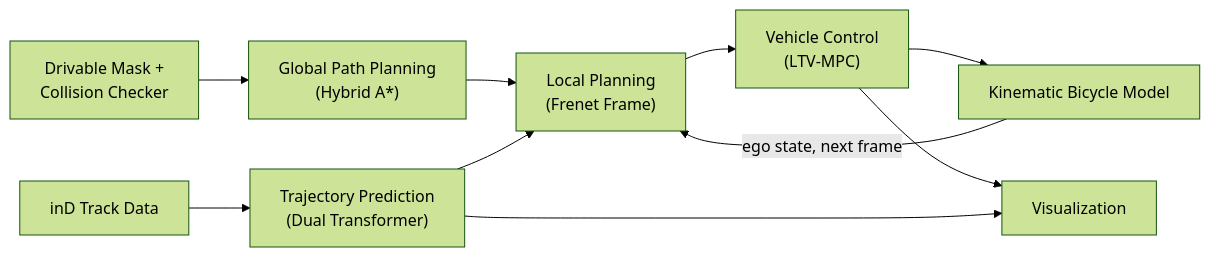
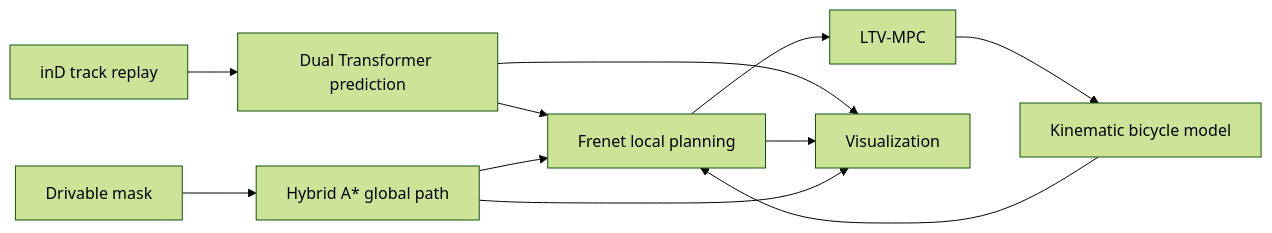
The diagram in README.md (jeongseonarm/prediction-planning-control), drawn with Mermaid (forest theme) before and after one commit. The commit also changed other lines of this file and 27 other files, not shown here.

````diff
--- a/README.md
+++ b/README.md
@@ -22,12 +9,13 @@
 ```mermaid
 flowchart LR
-    A["Drivable Mask +\nCollision Checker"] --> B["Global Path Planning\n(Hybrid A*)"]
-    B --> L["Local Planning\n(Frenet Frame)"]
-    E["inD Track Data"] --> F["Trajectory Prediction\n(Dual Transformer)"]
-    F --> L
-    L --> D["Vehicle Control\n(LTV-MPC)"]
-    D --> V["Kinematic Bicycle Model"]
-    V -->|"ego state, next frame"| L
-    D --> G["Visualization"]
-    F --> G
+    A["inD track replay"] --> B["Dual Transformer prediction"]
+    B --> C["Frenet local planning"]
+    D["Drivable mask"] --> E["Hybrid A* global path"]
+    E --> C
+    C --> F["LTV-MPC"]
+    F --> G["Kinematic bicycle model"]
+    G --> C
+    B --> H["Visualization"]
+    C --> H
+    E --> H
 ```
````
